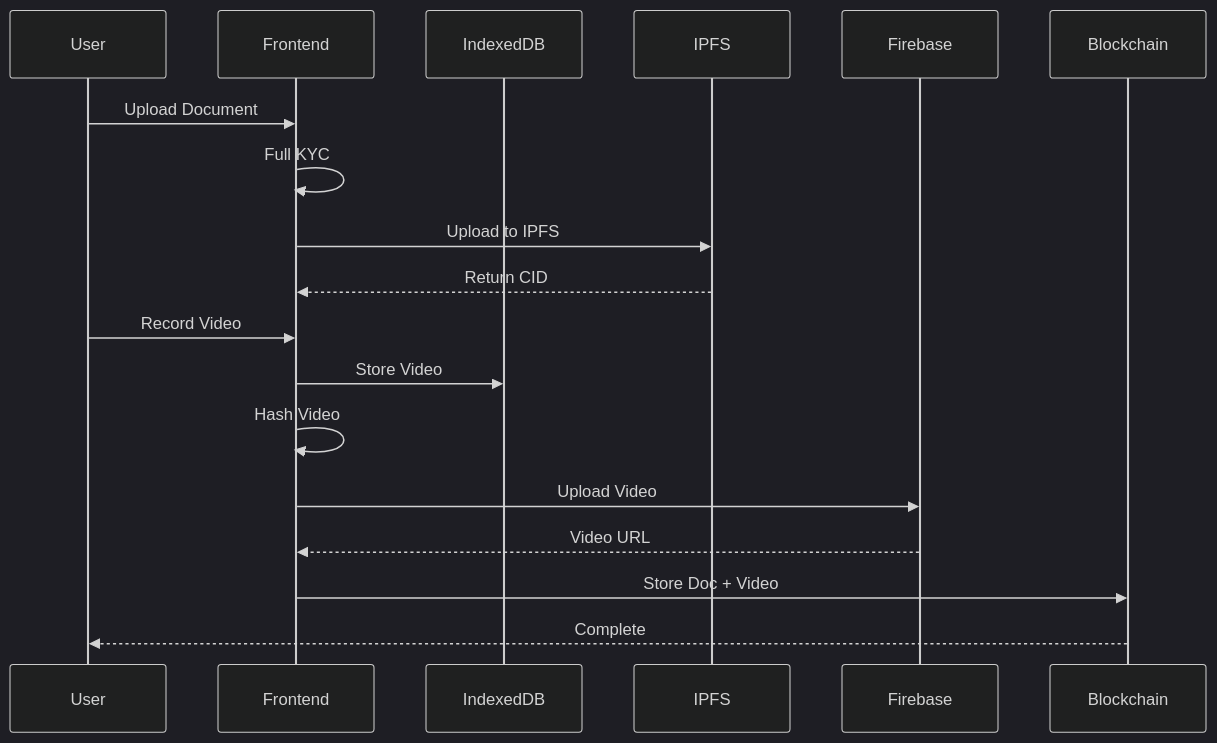
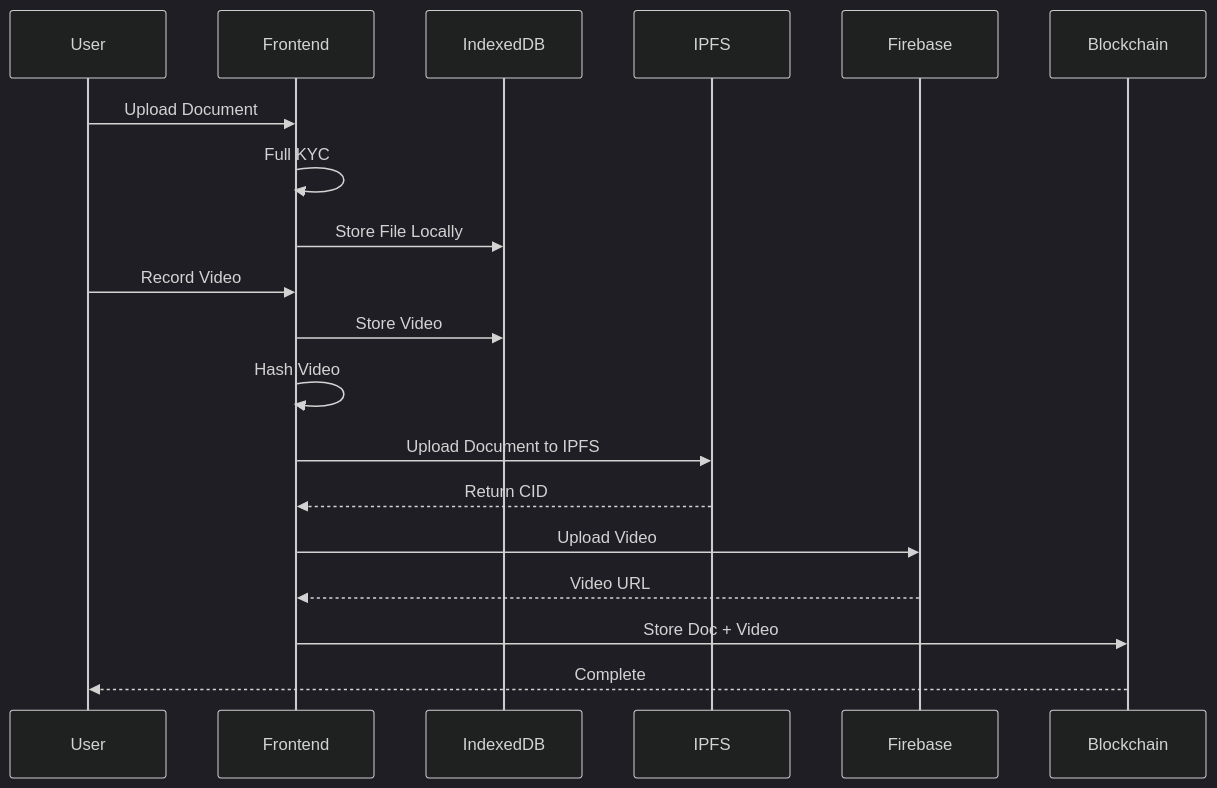
One commit to vibhasdutta/Eviblockv2.0 changed the third of 7 diagrams in README.md. Above: the diagram before and after it, drawn with Mermaid (dark theme). The commit also changed other lines of this file and 16 other files, not shown here.

````diff
--- a/README.md
+++ b/README.md
@@ -168,21 +169,22 @@
 ```mermaid
 sequenceDiagram
     participant U as User
     participant F as Frontend
     participant IDB as IndexedDB
     participant I as IPFS
     participant FS as Firebase
     participant BC as Blockchain
     
     U->>F: Upload Document
     F->>F: Full KYC
-    F->>I: Upload to IPFS
-    I-->>F: Return CID
+    F->>IDB: Store File Locally
     U->>F: Record Video
     F->>IDB: Store Video
     F->>F: Hash Video
+    F->>I: Upload Document to IPFS
+    I-->>F: Return CID
     F->>FS: Upload Video
     FS-->>F: Video URL
     F->>BC: Store Doc + Video
     BC-->>U: Complete
 ```
````
